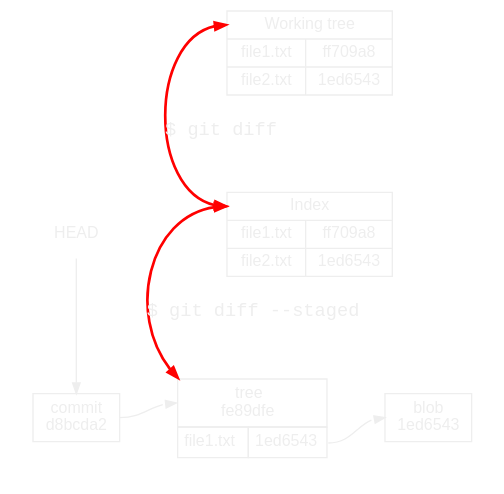
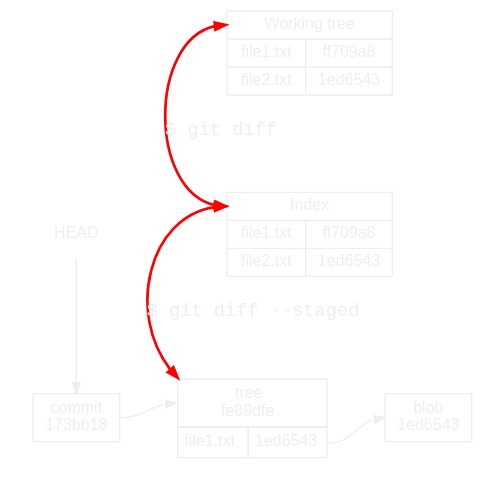
Before and after one commit to williamvds/website: the diagram in content/blog/git/diff-comparisons.dot, drawn with Graphviz. The commit also changed 16 other files, not shown here.

```diff
--- a/content/blog/git/diff-comparisons.dot
+++ b/content/blog/git/diff-comparisons.dot
@@ -1,60 +1,60 @@
 digraph test {
     bgcolor = transparent
     color = white
     fontcolor = white
     fontname = "sans-serif"
     labelloc = top
     labeljust = right
     rankdir = TB
 
     node [fontname="sans-serif" fontsize=12 fontcolor="#eeeeee" color="#eeeeee"]
     edge [fontname="monospace" fontcolor="#eeeeee" color="#eeeeee" arrowsize=0.8]
 
     worktree [label="{
           <name>Working tree
         | { { file1.txt | file2.txt }
             | { ff709a8 | 1ed6543 } }
     }" shape=record]
 
     subgraph cluster_repository {
         label = "Repository"
 
         index [label="{
               <name>Index
             | { { file1.txt | file2.txt }
                 | { ff709a8 | 1ed6543 } }
         }" shape=record]
         HEAD [shape=plaintext]
 
         subgraph cluster_objects {
             label = "Objects"
 
-            commit [label="commit\nd8bcda2" shape=box]
+            commit [label="commit\n173bb18" shape=box]
             tree [label=<
                 <table border="0" cellborder="1" cellspacing="0" cellpadding="4">
                     <tr>
                         <td colspan="2" port="name">tree <br/> fe89dfe</td>
                     </tr>
                     <tr>
                         <td>file1.txt</td>
                         <td port="blob">1ed6543</td>
                     </tr>
                 </table>
             > shape=none]
             blob [label="blob\n1ed6543" shape=box]
 
             {
                 rank = same
                 commit:e -> tree:name
                 tree:blob:e -> blob:w
             }
         }
 
         HEAD -> commit
         index:name -> tree:name:nw [label="$ git diff --staged"
             dir=both style=bold color=red constraint=false]
     }
 
     worktree:name:w -> index:name:w [label="$ git diff"
         dir=both style=bold color=red]
 }
```
